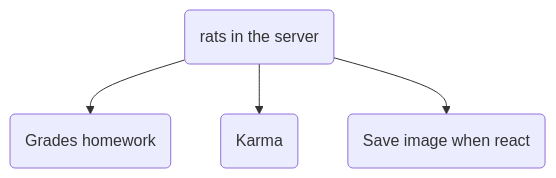
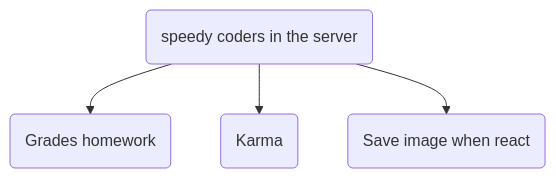
The diagram in readme.md (pnadaa/pythonhomework), drawn with Mermaid before and after one commit. The commit also changed other lines of this file and 1 other file, not shown here.

````diff
--- a/readme.md
+++ b/readme.md
@@ -13,7 +13,7 @@
 ```mermaid
 flowchart TD
-    A("rats in the server")
+    A("speedy coders in the server")
     A --> B("Grades homework")
     A --> C("Karma")
     A --> D("Save image when react")
 ```
````
